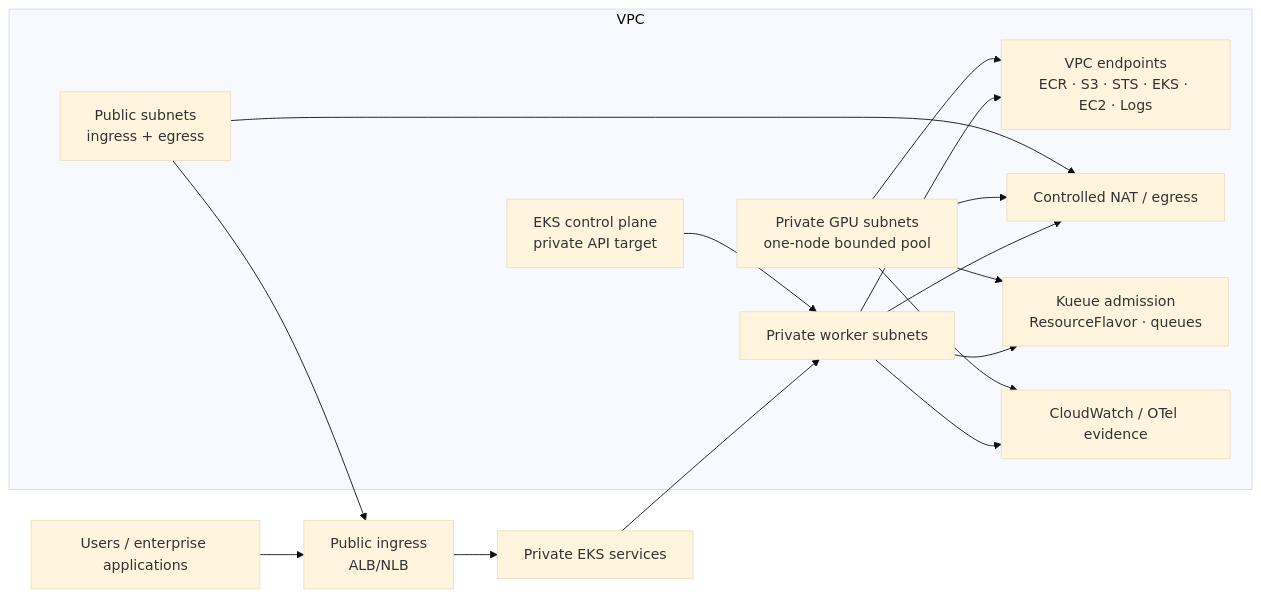
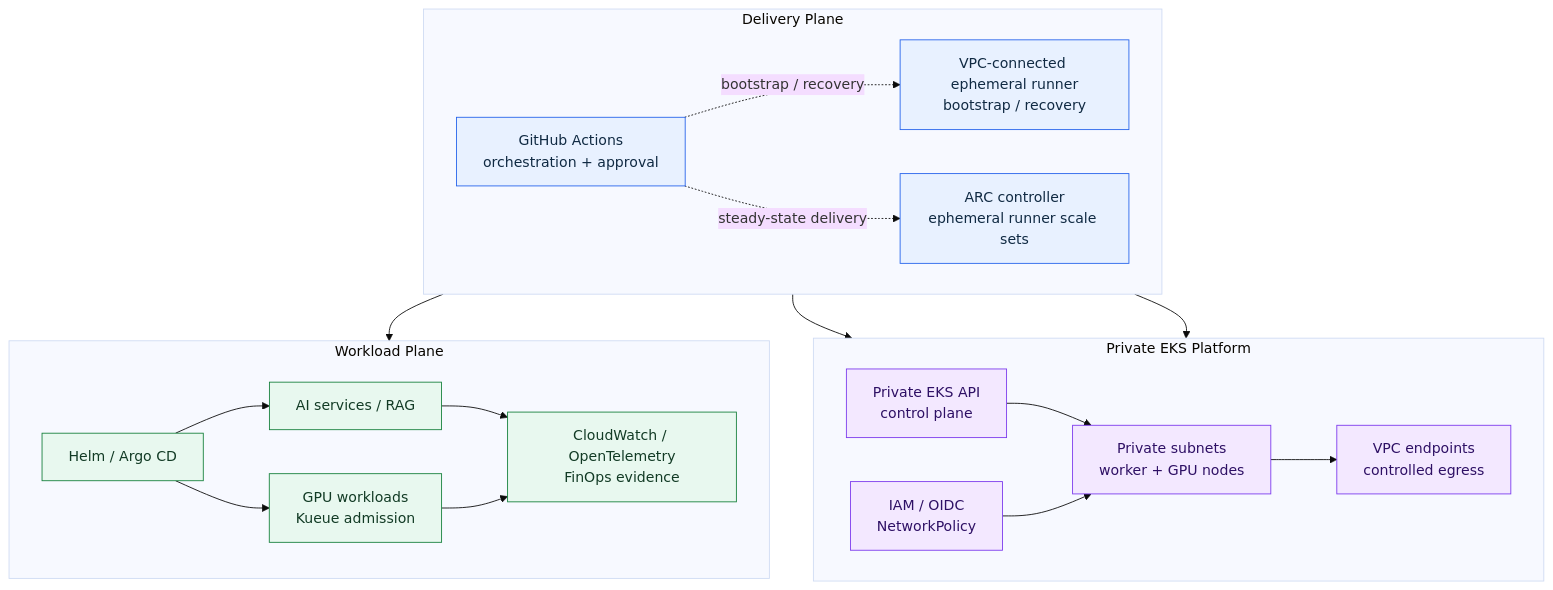
One commit to afaryy/cloudai-platform changed the diagram in docs/architecture/private-eks-reference-architecture.md. Above: the diagram before and after it, drawn with Mermaid (base theme). The commit also changed other lines of this file and 33 other files, not shown here.

Commit message:
feat: add VPC-connected private EKS delivery path

````diff
--- a/docs/architecture/private-eks-reference-architecture.md
+++ b/docs/architecture/private-eks-reference-architecture.md
@@ -39,29 +105,45 @@
 ```mermaid
-flowchart LR
-  users["Users / enterprise applications"] --> ingress["Public ingress<br/>ALB/NLB"]
-  ingress --> services["Private EKS services"]
-
-  subgraph vpc["VPC"]
-    public["Public subnets<br/>ingress + egress"]
-    private["Private worker subnets"]
-    gpu["Private GPU subnets<br/>one-node bounded pool"]
-    endpoints["VPC endpoints<br/>ECR · S3 · STS · EKS · EC2 · Logs"]
-    nat["Controlled NAT / egress"]
-    control["EKS control plane<br/>private API target"]
-    kueue["Kueue admission<br/>ResourceFlavor · queues"]
-    obs["CloudWatch / OTel evidence"]
+flowchart TB
+  subgraph delivery["Delivery Plane"]
+    direction LR
+    gha["GitHub Actions<br/>orchestration + approval"]
+    vpc_runner["VPC-connected ephemeral runner<br/>bootstrap / recovery"]
+    arc["ARC controller<br/>ephemeral runner scale sets"]
+    gha -. "bootstrap / recovery" .-> vpc_runner
+    gha -. "steady-state delivery" .-> arc
   end
 
-  services --> private
-  private --> endpoints
-  private --> nat
-  gpu --> endpoints
-  gpu --> nat
-  private --> kueue
-  gpu --> kueue
-  private --> obs
-  gpu --> obs
-  public --> ingress
-  public --> nat
-  control --> private
+  subgraph platform["Private EKS Platform"]
+    direction LR
+    control["Private EKS API<br/>control plane"]
+    network["Private subnets<br/>worker + GPU nodes"]
+    identity["IAM / OIDC<br/>NetworkPolicy"]
+    endpoints["VPC endpoints<br/>controlled egress"]
+    control --> network
+    identity --> network
+    network --> endpoints
+  end
+
+  subgraph workloads["Workload Plane"]
+    direction LR
+    delivery_tools["Helm / Argo CD"]
+    ai["AI services / RAG"]
+    gpu["GPU workloads<br/>Kueue admission"]
+    observability["CloudWatch / OpenTelemetry<br/>FinOps evidence"]
+    delivery_tools --> ai
+    delivery_tools --> gpu
+    ai --> observability
+    gpu --> observability
+  end
+
+  vpc_runner --> control
+  vpc_runner --> network
+  arc --> delivery_tools
+
+  classDef deliveryStyle fill:#e8f1ff,stroke:#2563eb,color:#102a43
+  classDef platformStyle fill:#f3e8ff,stroke:#7c3aed,color:#2e1065
+  classDef workloadStyle fill:#e8f8ef,stroke:#16803c,color:#123b25
+  class gha,vpc_runner,arc deliveryStyle
+  class control,network,identity,endpoints platformStyle
+  class delivery_tools,ai,gpu,observability workloadStyle
 ```
````
